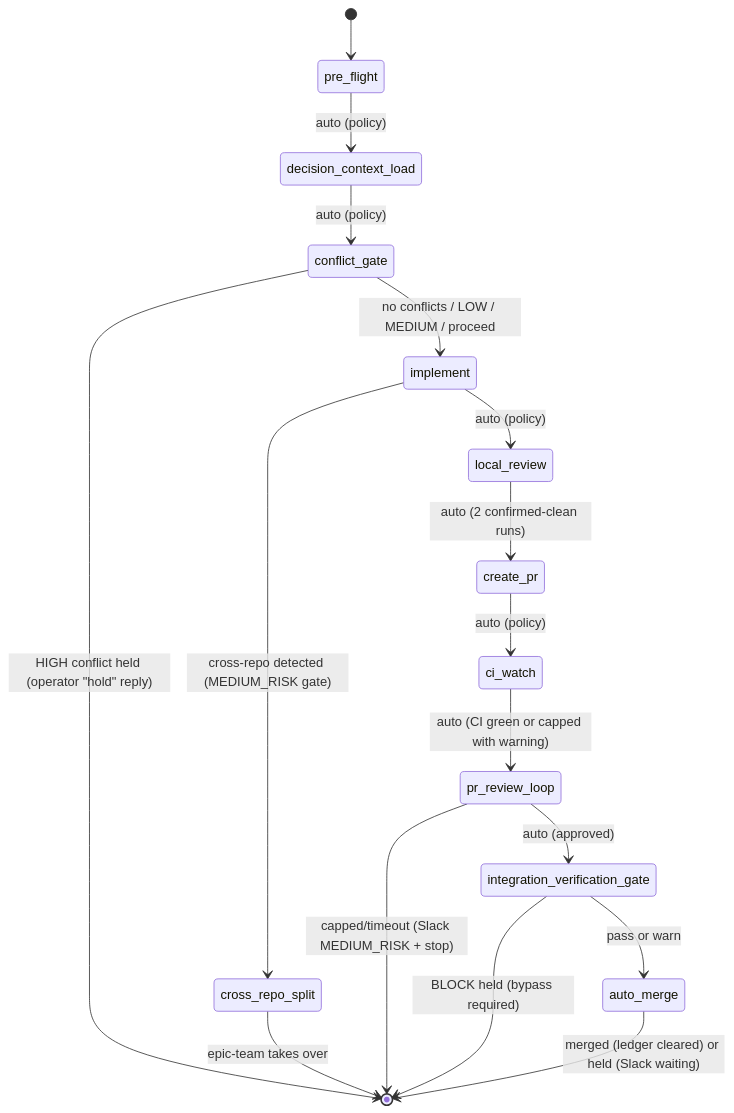
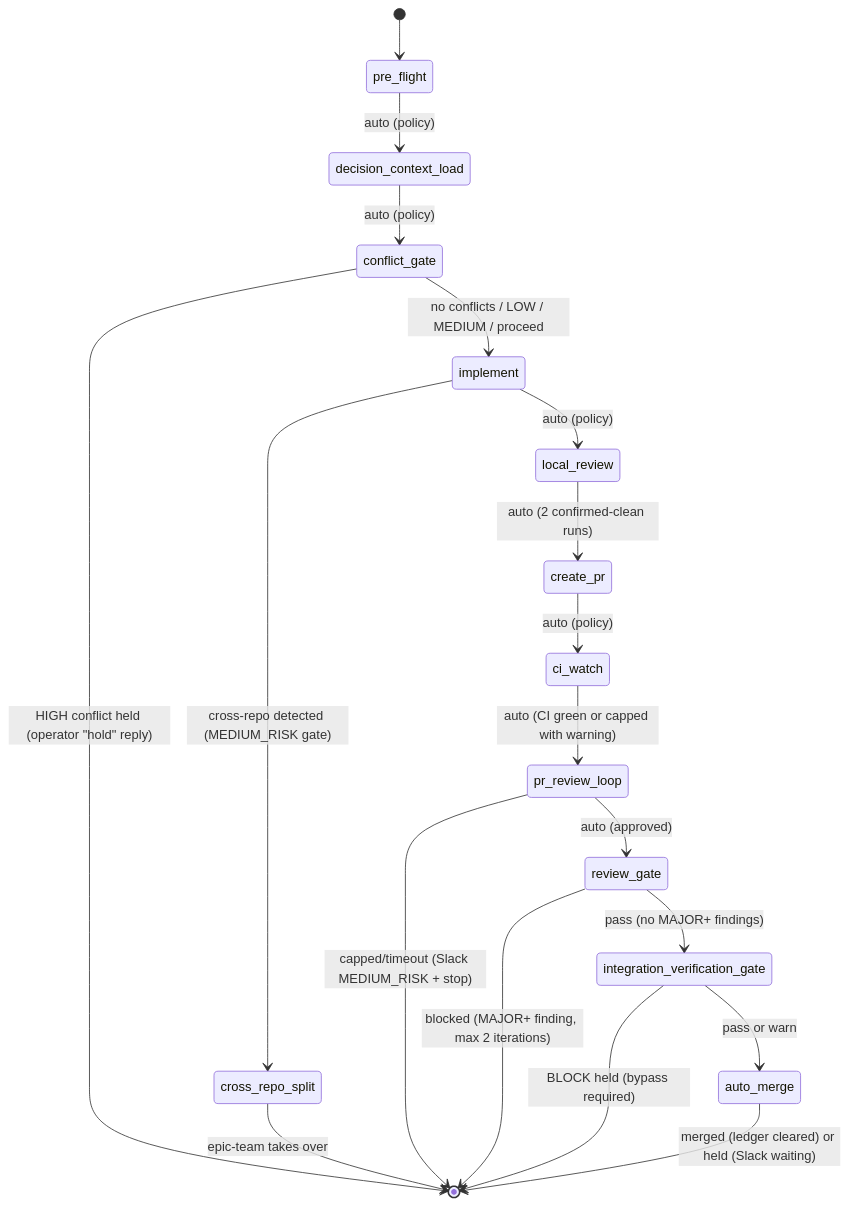
Before and after one commit to OmniNode-ai/omniclaude: the diagram in plugins/onex/skills/ticket_pipeline/SKILL.md, drawn with Mermaid. The commit also changed other lines of this file and 1 other file, not shown here.

Commit message:
feat(skills): wire review-gate into ticket-pipeline merge phase [OMN-6535]
Add Phase 5.5 (REVIEW_GATE) between pr_review_loop and
integration_verification_gate. Updates phase list, state diagram,
PHASE_ORDER, and adds review_gate dispatch with max 2 iterations.

````diff
--- a/plugins/onex/skills/ticket_pipeline/SKILL.md
+++ b/plugins/onex/skills/ticket_pipeline/SKILL.md
@@ -250,19 +250,21 @@
 ```mermaid
 stateDiagram-v2
     [*] --> pre_flight
     pre_flight --> decision_context_load : auto (policy)
     decision_context_load --> conflict_gate : auto (policy)
     conflict_gate --> implement : no conflicts / LOW / MEDIUM / proceed
     conflict_gate --> [*] : HIGH conflict held (operator "hold" reply)
     implement --> local_review : auto (policy)
     implement --> cross_repo_split : cross-repo detected (MEDIUM_RISK gate)
     cross_repo_split --> [*] : epic-team takes over
     local_review --> create_pr : auto (2 confirmed-clean runs)
     create_pr --> ci_watch : auto (policy)
     ci_watch --> pr_review_loop : auto (CI green or capped with warning)
-    pr_review_loop --> integration_verification_gate : auto (approved)
+    pr_review_loop --> review_gate : auto (approved)
     pr_review_loop --> [*] : capped/timeout (Slack MEDIUM_RISK + stop)
+    review_gate --> integration_verification_gate : pass (no MAJOR+ findings)
+    review_gate --> [*] : blocked (MAJOR+ finding, max 2 iterations)
     integration_verification_gate --> auto_merge : pass or warn
     integration_verification_gate --> [*] : BLOCK held (bypass required)
     auto_merge --> [*] : merged (ledger cleared) or held (Slack waiting)
 ```
````
